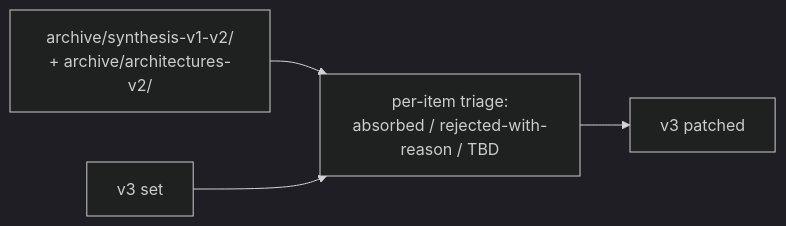
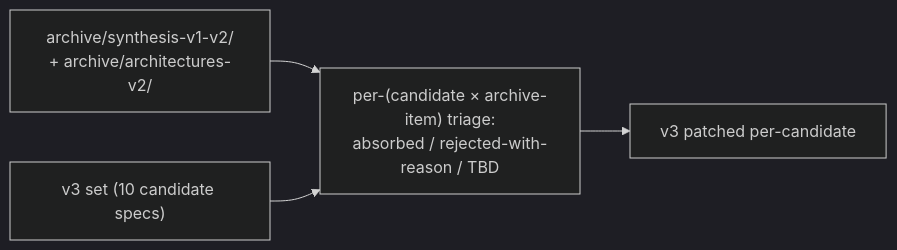
The ninth of 9 diagrams in ARCHITECTURE-V3-SYNTHESIS-PLAN.md (lago-morph/software-factory), drawn with Mermaid (dark theme) before and after one commit. The commit also changed other lines of this file, not shown here.

````diff
--- a/ARCHITECTURE-V3-SYNTHESIS-PLAN.md
+++ b/ARCHITECTURE-V3-SYNTHESIS-PLAN.md
@@ -365,7 +415,7 @@
 ```mermaid
 flowchart LR
     ARCHIVE["archive/synthesis-v1-v2/<br/>+ archive/architectures-v2/"] --> BACKFILL
-    V3["v3 set"] --> BACKFILL
-    BACKFILL["per-item triage:<br/>absorbed / rejected-with-reason / TBD"]
-    BACKFILL --> V3_FINAL["v3 patched"]
+    V3["v3 set (10 candidate specs)"] --> BACKFILL
+    BACKFILL["per-(candidate × archive-item) triage:<br/>absorbed / rejected-with-reason / TBD"]
+    BACKFILL --> V3_FINAL["v3 patched per-candidate"]
 ```
````
